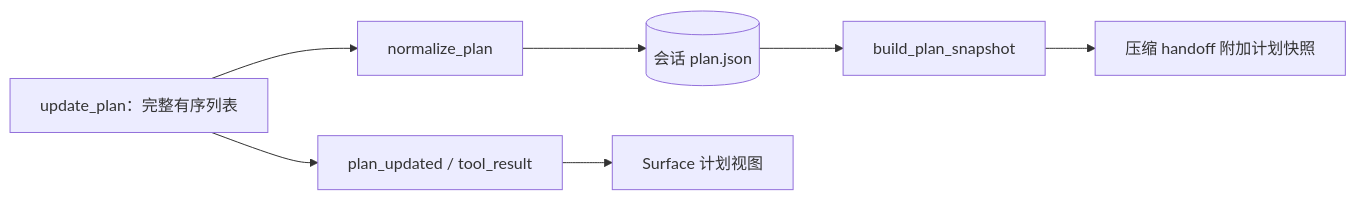
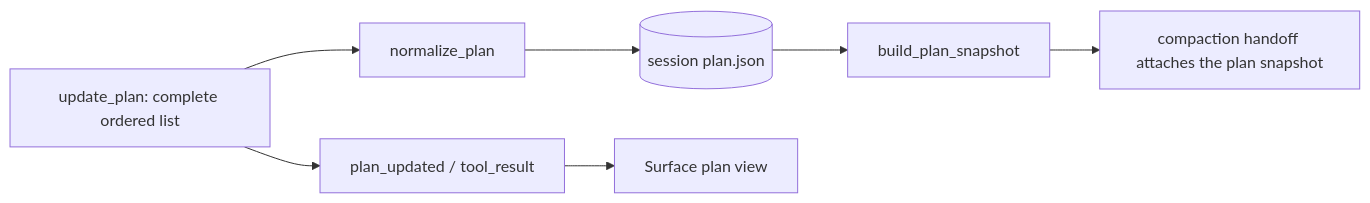
Before and after one commit to Azzurroooo/rind: the diagram in docs/internals/04-tools/plan.md, drawn with Mermaid. The commit also changed other lines of this file and 109 other files, not shown here.

```diff
--- a/docs/internals/04-tools/plan.md
+++ b/docs/internals/04-tools/plan.md
@@ -5,9 +7,9 @@
 ~~~mermaid
 flowchart LR
-    M["update_plan：完整有序列表"] --> V["normalize_plan"]
-    V --> F[("会话 plan.json")]
+    M["update_plan: complete ordered list"] --> V["normalize_plan"]
+    V --> F[("session plan.json")]
     F --> S["build_plan_snapshot"]
-    S --> H["压缩 handoff 附加计划快照"]
+    S --> H["compaction handoff attaches the plan snapshot"]
     M --> E["plan_updated / tool_result"]
-    E --> UI["Surface 计划视图"]
+    E --> UI["Surface plan view"]
 ~~~
```
